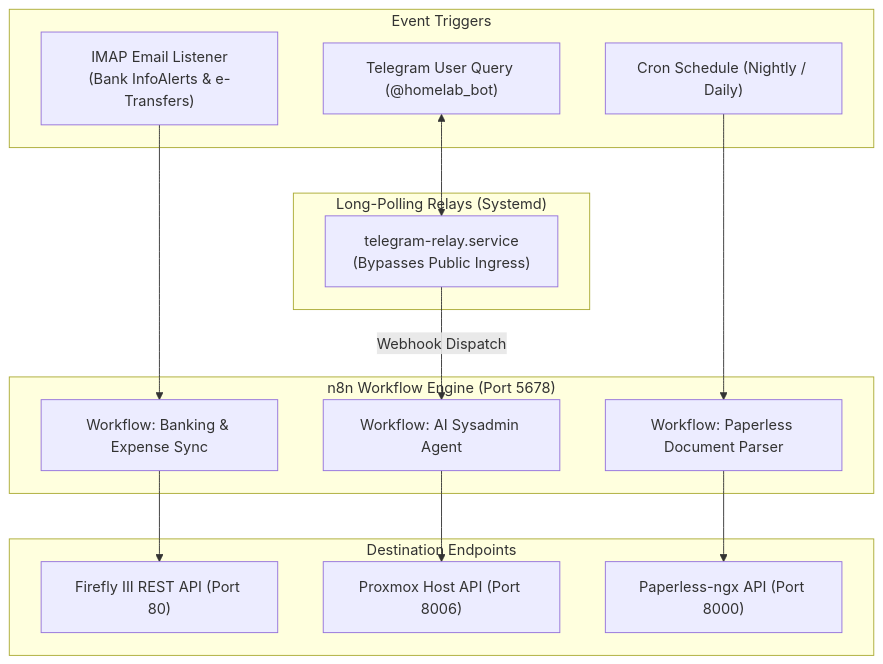
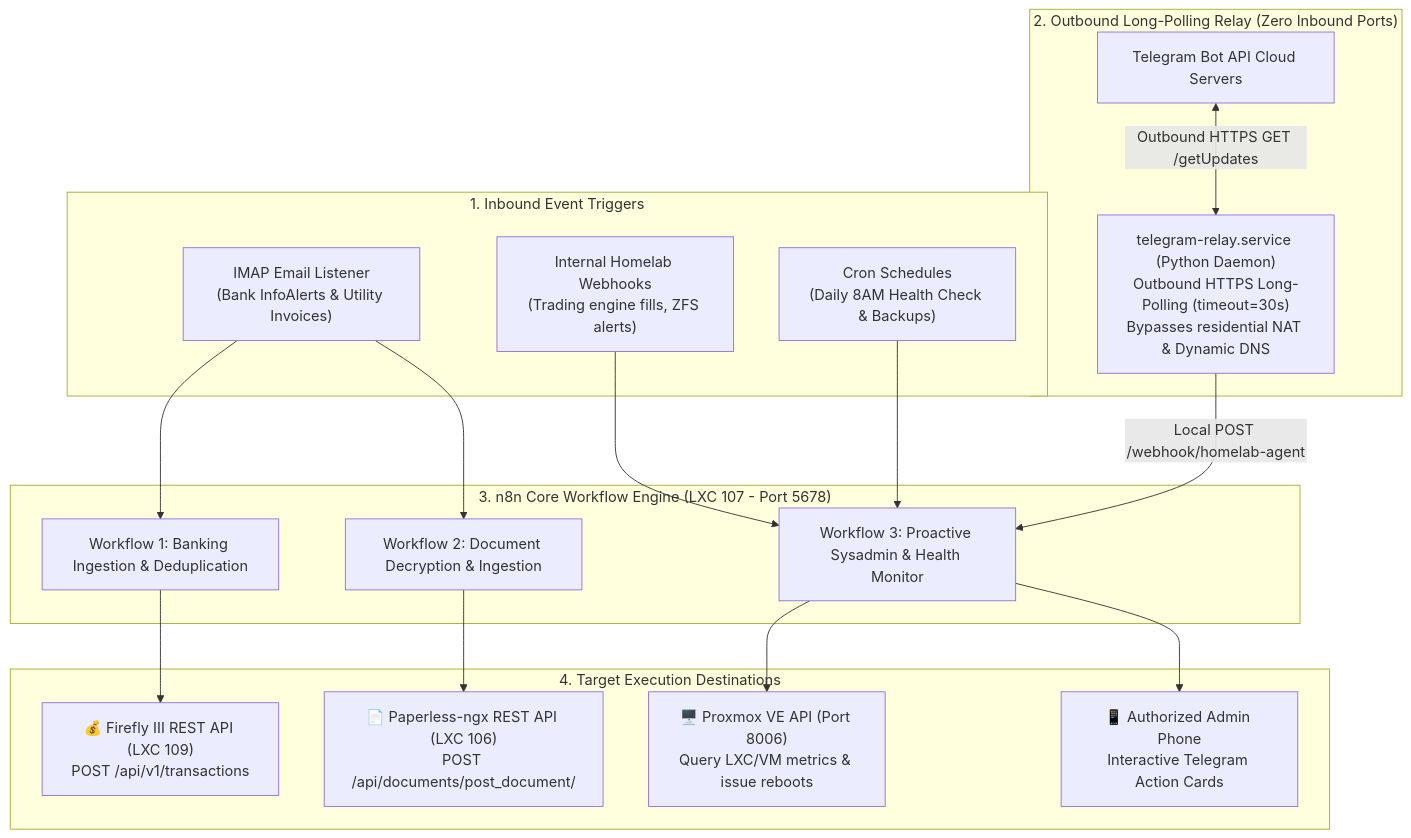
One commit to nishilshah/homelab-blueprints changed the diagram in services/n8n-automation/README.md. Above: the diagram before and after it, drawn with Mermaid. The commit also changed other lines of this file and 12 other files, not shown here.

Commit message:
docs: enrich all service blueprints with deep architecture, cross-service linkages, and decision rationale

````diff
--- a/services/n8n-automation/README.md
+++ b/services/n8n-automation/README.md
@@ -25,33 +26,35 @@
 ```mermaid
 flowchart TD
-    subgraph Triggers ["Event Triggers"]
-        Email["IMAP Email Listener<br/>(Bank InfoAlerts & e-Transfers)"]
-        Cron["Cron Schedule (Nightly / Daily)"]
-        Telegram["Telegram User Query (@homelab_bot)"]
+    subgraph Triggers ["1. Inbound Event Triggers"]
+        EmailPoll["IMAP Email Listener<br/>(Bank InfoAlerts & Utility Invoices)"]
+        CronTimer["Cron Schedules<br/>(Daily 8AM Health Check & Backups)"]
+        Webhooks["Internal Homelab Webhooks<br/>(Trading engine fills, ZFS alerts)"]
     end
 
-    subgraph Relays ["Long-Polling Relays (Systemd)"]
-        Daemon["telegram-relay.service<br/>(Bypasses Public Ingress)"]
-        Telegram <--> Daemon
+    subgraph LongPollingRelay ["2. Outbound Long-Polling Relay (Zero Inbound Ports)"]
+        TelegramCloud["Telegram Bot API Cloud Servers"]
+        RelayDaemon["telegram-relay.service (Python Daemon)<br/>Outbound HTTPS Long-Polling (timeout=30s)<br/>Bypasses residential NAT & Dynamic DNS"]
+        
+        TelegramCloud <-->|Outbound HTTPS GET /getUpdates| RelayDaemon
     end
 
-    subgraph n8nCore ["n8n Workflow Engine (Port 5678)"]
-        WF_Bank["Workflow: Banking & Expense Sync"]
-        WF_Bot["Workflow: AI Sysadmin Agent"]
-        WF_Docs["Workflow: Paperless Document Parser"]
+    subgraph n8nCore ["3. n8n Core Workflow Engine (LXC 107 - Port 5678)"]
+        RelayDaemon -->|Local POST /webhook/homelab-agent| WF_Admin
+        EmailPoll --> WF_Bank["Workflow 1: Banking Ingestion & Deduplication"]
+        EmailPoll --> WF_Doc["Workflow 2: Document Decryption & Ingestion"]
+        CronTimer --> WF_Admin["Workflow 3: Proactive Sysadmin & Health Monitor"]
+        Webhooks --> WF_Admin
     end
 
-    subgraph Targets ["Destination Endpoints"]
-        FF["Firefly III REST API (Port 80)"]
-        PVE["Proxmox Host API (Port 8006)"]
-        Paperless["Paperless-ngx API (Port 8000)"]
+    subgraph Actions ["4. Target Execution Destinations"]
+        Firefly["💰 Firefly III REST API (LXC 109)<br/>POST /api/v1/transactions"]
+        Paperless["📄 Paperless-ngx REST API (LXC 106)<br/>POST /api/documents/post_document/"]
+        PVE["🖥️ Proxmox VE API (Port 8006)<br/>Query LXC/VM metrics & issue reboots"]
+        TG_Alerts["📱 Authorized Admin Phone<br/>Interactive Telegram Action Cards"]
     end
 
-    Email --> WF_Bank
-    Daemon -->|Webhook Dispatch| WF_Bot
-    Cron --> WF_Docs
-
-    WF_Bank --> FF
-    WF_Bot --> PVE
-    WF_Docs --> Paperless
+    WF_Bank --> Firefly
+    WF_Doc --> Paperless
+    WF_Admin --> PVE
+    WF_Admin --> TG_Alerts
 ```
````
